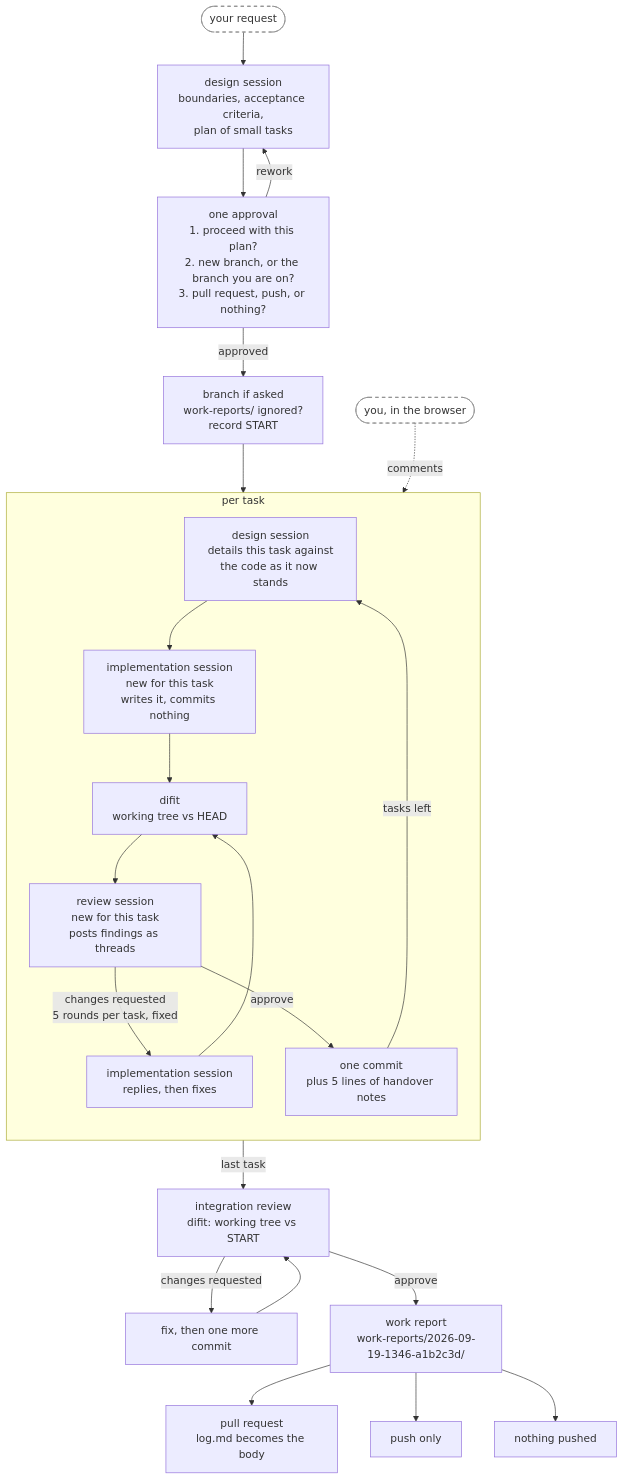
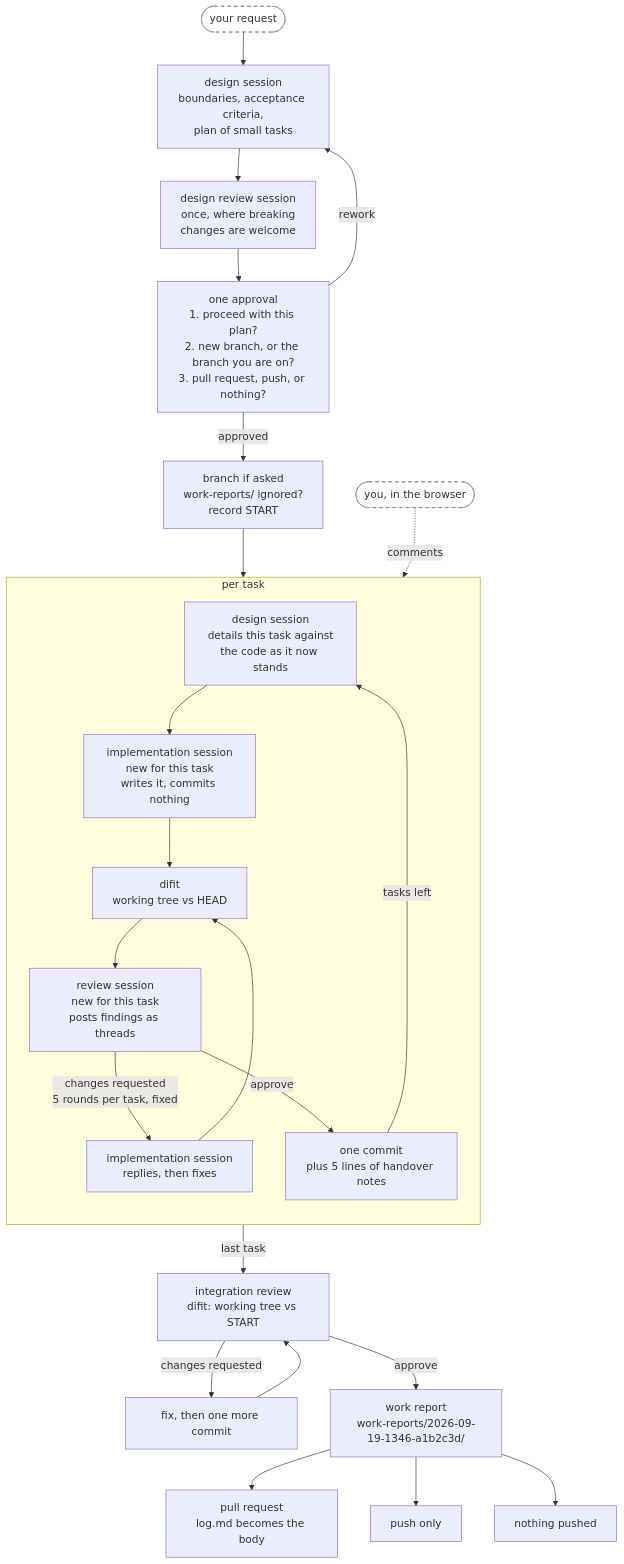
The first of 2 diagrams in plugins/annetaan/README.md (annetaan/claude-plugins), drawn with Mermaid before and after one commit. The commit also changed other lines of this file and 4 other files, not shown here.

First line of the commit message:
docs: describe the design review in the READMEs and bump to 0.6.0

````diff
--- a/plugins/annetaan/README.md
+++ b/plugins/annetaan/README.md
@@ -33,36 +34,36 @@
 ```mermaid
 flowchart TD
     req(["your request"]) --> design["design session<br/>boundaries, acceptance criteria,<br/>plan of small tasks"]
-    design --> ask["one approval<br/>1. proceed with this plan?<br/>2. new branch, or the branch you are on?<br/>3. pull request, push, or nothing?"]
+    design --> dreview["design review session<br/>once, where breaking<br/>changes are welcome"] --> ask["one approval<br/>1. proceed with this plan?<br/>2. new branch, or the branch you are on?<br/>3. pull request, push, or nothing?"]
     ask -->|rework| design
     ask -->|approved| setup["branch if asked<br/>work-reports/ ignored?<br/>record START"]
     setup --> detail
 
     subgraph task["per task"]
         direction TB
         detail["design session<br/>details this task against<br/>the code as it now stands"]
         impl["implementation session<br/>new for this task<br/>writes it, commits nothing"]
         difit["difit<br/>working tree vs HEAD"]
         review["review session<br/>new for this task<br/>posts findings as threads"]
         respond["implementation session<br/>replies, then fixes"]
         commit["one commit<br/>plus 5 lines of handover notes"]
         detail --> impl --> difit --> review
         review -->|"changes requested<br/>5 rounds per task, fixed"| respond
         respond --> difit
         review -->|approve| commit
         commit -->|tasks left| detail
     end
 
     commit -->|last task| integ["integration review<br/>difit: working tree vs START"]
     integ -->|changes requested| integfix["fix, then one more commit"]
     integfix --> integ
     integ -->|approve| report["work report<br/>work-reports/2026-09-19-1346-a1b2c3d/"]
     report --> pr["pull request<br/>log.md becomes the body"]
     report --> push["push only"]
     report --> local["nothing pushed"]
 
     you(["you, in the browser"]) -.->|comments| difit
 
     classDef human fill:#fff,stroke:#888,stroke-dasharray: 5 5
     class req,you human
 ```
````
